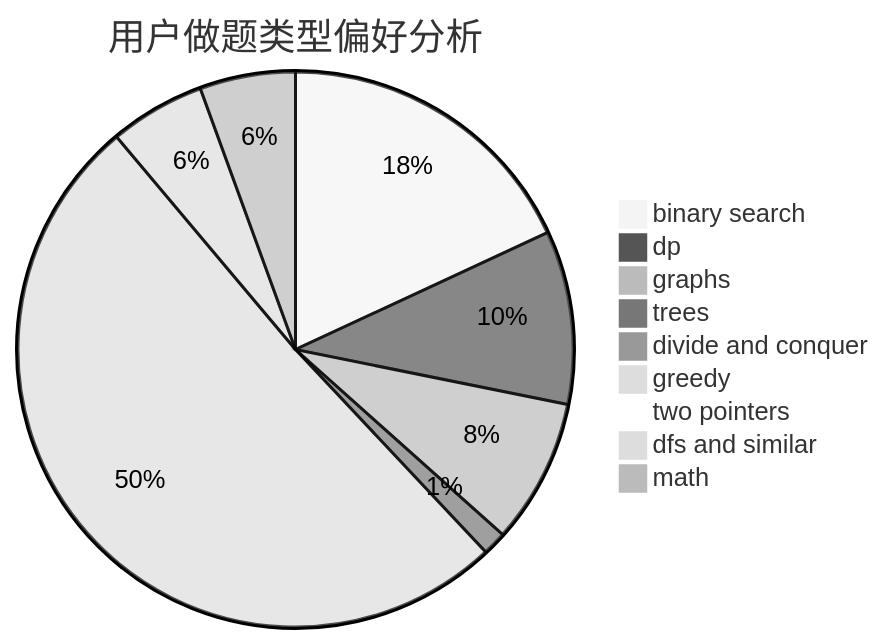
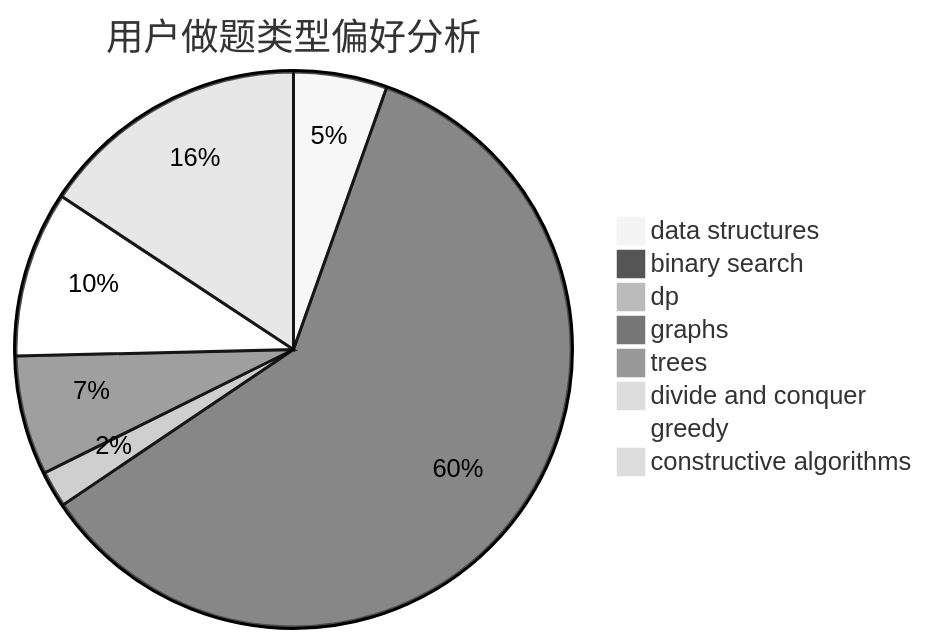
The second of 3 diagrams in docs/user/u683.md (sherpahu/cfrs.github.io), drawn with Mermaid (neutral theme) before and after one commit. The commit also changed other lines of this file and 2775 other files, not shown here.

````diff
--- a/docs/user/u683.md
+++ b/docs/user/u683.md
@@ -23,12 +23,11 @@
 ```mermaid
 pie title 用户做题类型偏好分析
-    "binary search" :  208
-    "dp" :  116
-    "graphs" :  97
-    "trees" :  16
+    "data structures" :  18
+    "binary search" :  199
+    "dp" :  7
+    "graphs" :  23
+    "trees" :  3
     "divide and conquer" :  0
-    "greedy" :  585
-    "two pointers" :  9
-    "dfs and similar" :  64
-    "math" :  64
+    "greedy" :  32
+    "constructive algorithms" :  52
 ```
````
